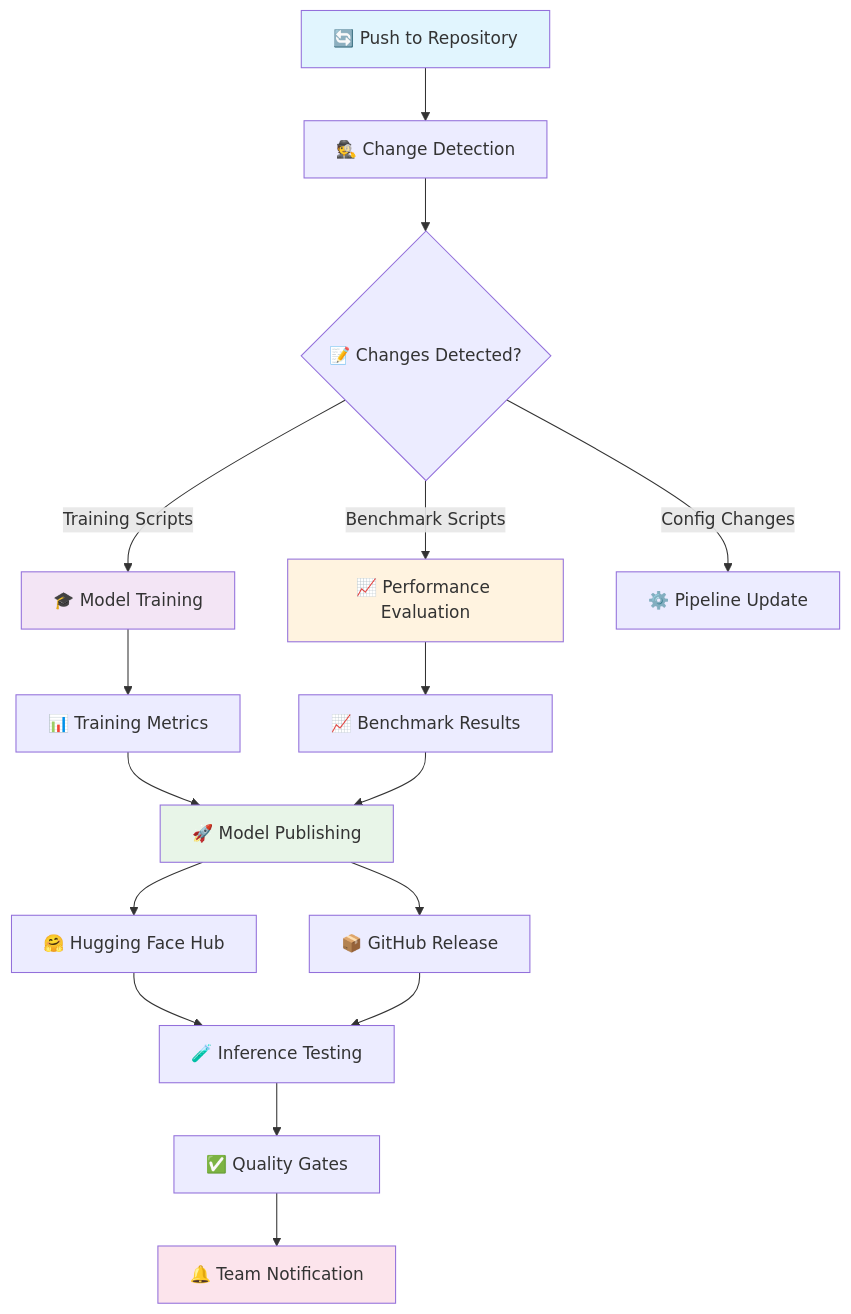
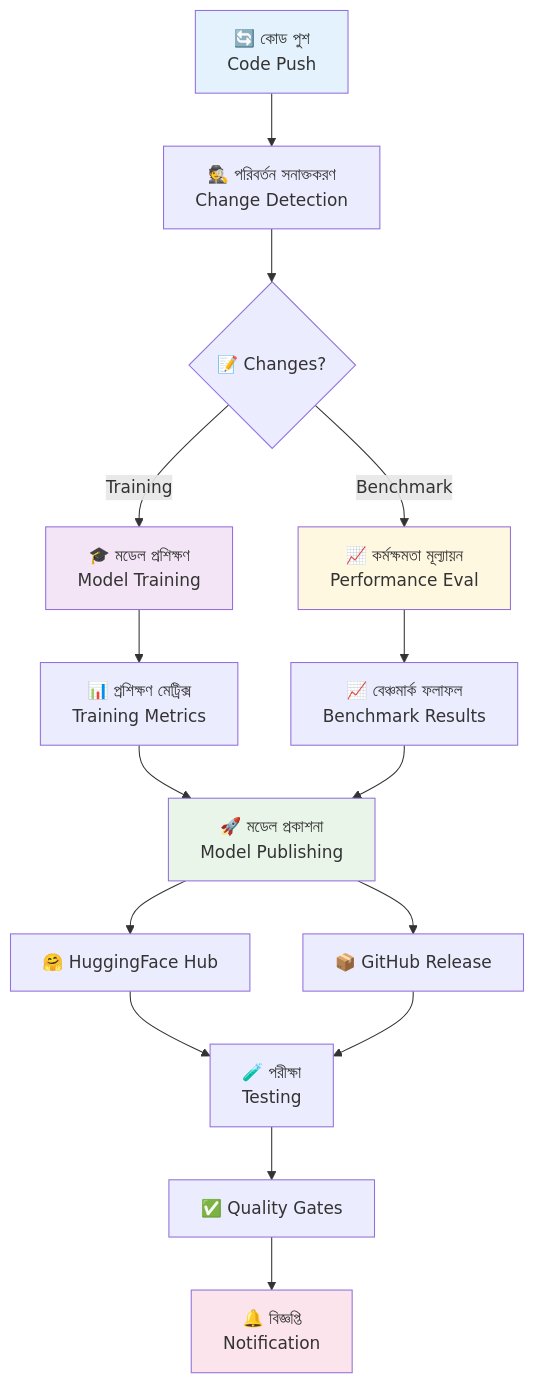
One commit to sheikh-vegeta/Meena changed the first of 2 diagrams in README.md. Above: the diagram before and after it, drawn with Mermaid. The commit also changed other lines of this file, not shown here.

````diff
--- a/README.md
+++ b/README.md
@@ -43,27 +74,26 @@
 ```mermaid
 flowchart TD
-    A[🔄 Push to Repository] --> B[🕵️ Change Detection]
-    B --> C{📝 Changes Detected?}
-    C -->|Training Scripts| D[🎓 Model Training]
-    C -->|Benchmark Scripts| E[📈 Performance Evaluation]
-    C -->|Config Changes| F[⚙️ Pipeline Update]
+    A[🔄 কোড পুশ<br/>Code Push] --> B[🕵️ পরিবর্তন সনাক্তকরণ<br/>Change Detection]
+    B --> C{📝 Changes?}
+    C -->|Training| D[🎓 মডেল প্রশিক্ষণ<br/>Model Training]
+    C -->|Benchmark| E[📈 কর্মক্ষমতা মূল্যায়ন<br/>Performance Eval]
     
-    D --> G[📊 Training Metrics]
-    E --> H[📈 Benchmark Results]
+    D --> F[📊 প্রশিক্ষণ মেট্রিক্স<br/>Training Metrics]
+    E --> G[📈 বেঞ্চমার্ক ফলাফল<br/>Benchmark Results]
     
-    G --> I[🚀 Model Publishing]
-    H --> I
-    I --> J[🤗 Hugging Face Hub]
-    I --> K[📦 GitHub Release]
+    F --> H[🚀 মডেল প্রকাশনা<br/>Model Publishing]
+    G --> H
+    H --> I[🤗 HuggingFace Hub]
+    H --> J[📦 GitHub Release]
     
-    J --> L[🧪 Inference Testing]
-    K --> L
-    L --> M[✅ Quality Gates]
-    M --> N[🔔 Team Notification]
+    I --> K[🧪 পরীক্ষা<br/>Testing]
+    J --> K
+    K --> L[✅ Quality Gates]
+    L --> M[🔔 বিজ্ঞপ্তি<br/>Notification]
     
-    style A fill:#e1f5fe
+    style A fill:#e3f2fd
     style D fill:#f3e5f5
-    style E fill:#fff3e0
-    style I fill:#e8f5e8
-    style N fill:#fce4ec
+    style E fill:#fff8e1
+    style H fill:#e8f5e8
+    style M fill:#fce4ec
 ```
````
